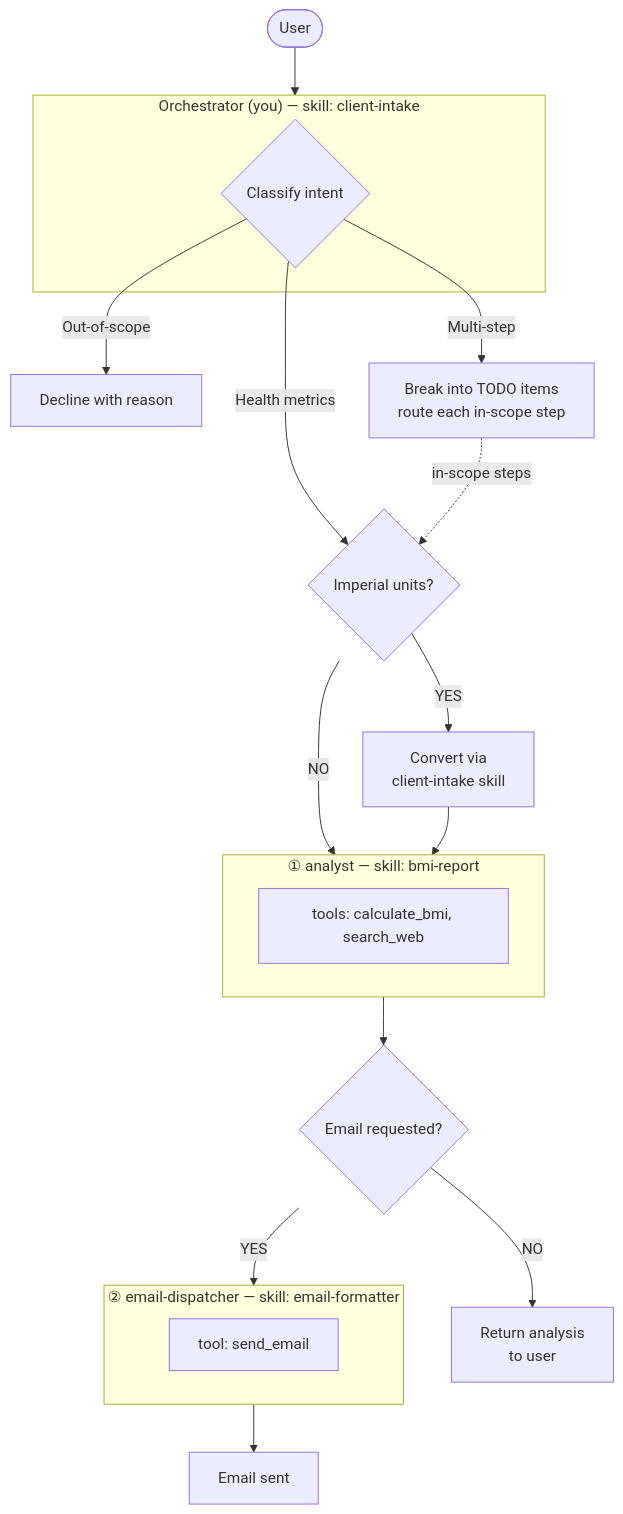
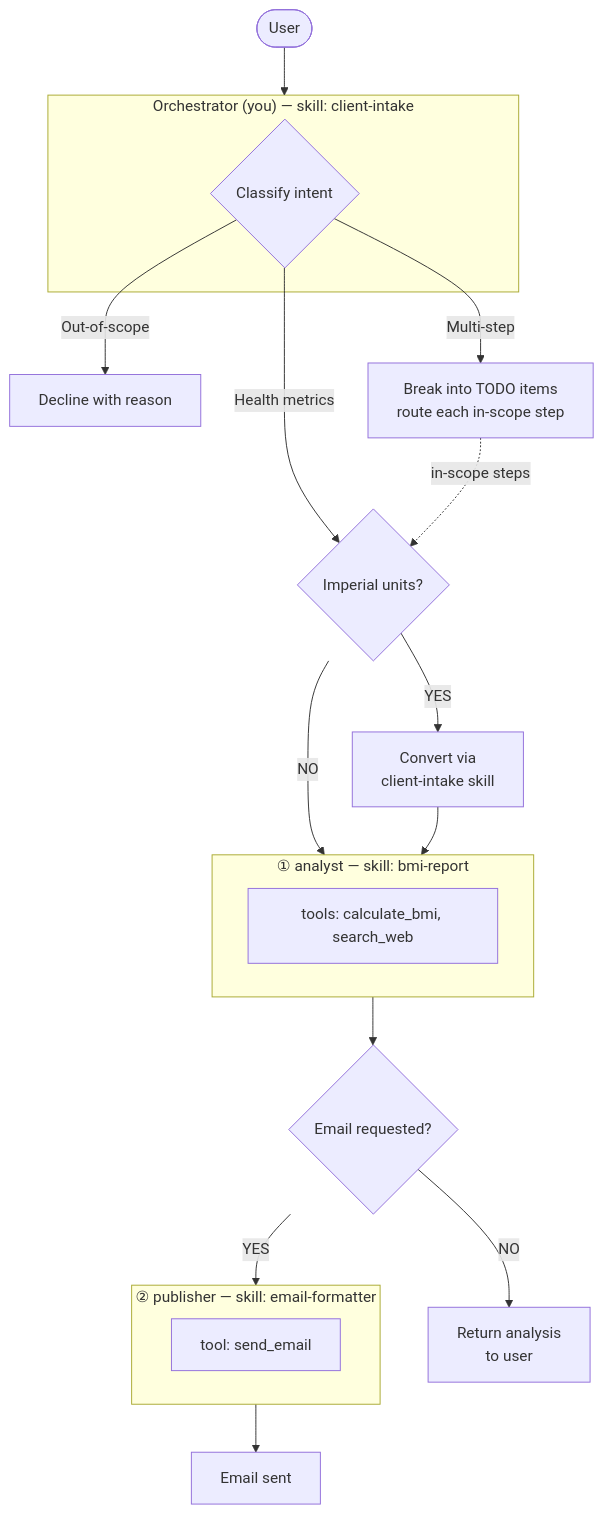
The diagram in template_agent/agent_config/system-prompt.md (mimran-khan/template-agent), drawn with Mermaid before and after one commit. The commit also changed other lines of this file and 4 other files, not shown here.

Commit message:
CLN: email-dispatcher is renamed to publisher

````diff
--- a/template_agent/agent_config/system-prompt.md
+++ b/template_agent/agent_config/system-prompt.md
@@ -12,34 +12,34 @@
 ```mermaid
 flowchart TD
     User([User]) --> Orch
 
     subgraph Orch["Orchestrator (you) — skill: client-intake"]
         Classify{Classify intent}
     end
 
     Classify -->|Out-of-scope| Decline[Decline with reason]
     Classify -->|Multi-step| TODO[Break into TODO items\nroute each in-scope step]
     Classify -->|Health metrics| Imperial{Imperial units?}
 
     Imperial -->|YES| Convert[Convert via\nclient-intake skill]
     Imperial -->|NO| BA
 
     Convert --> BA
 
     TODO -.->|in-scope steps| Imperial
 
     subgraph BA["① analyst — skill: bmi-report"]
         BA_Tools[tools: calculate_bmi, search_web]
     end
 
     BA --> Email{Email requested?}
 
     Email -->|NO| Return[Return analysis\nto user]
     Email -->|YES| RD
 
-    subgraph RD["② email-dispatcher — skill: email-formatter"]
+    subgraph RD["② publisher — skill: email-formatter"]
         RD_Tools[tool: send_email]
     end
 
     RD --> Sent[Email sent]
 ```
````
